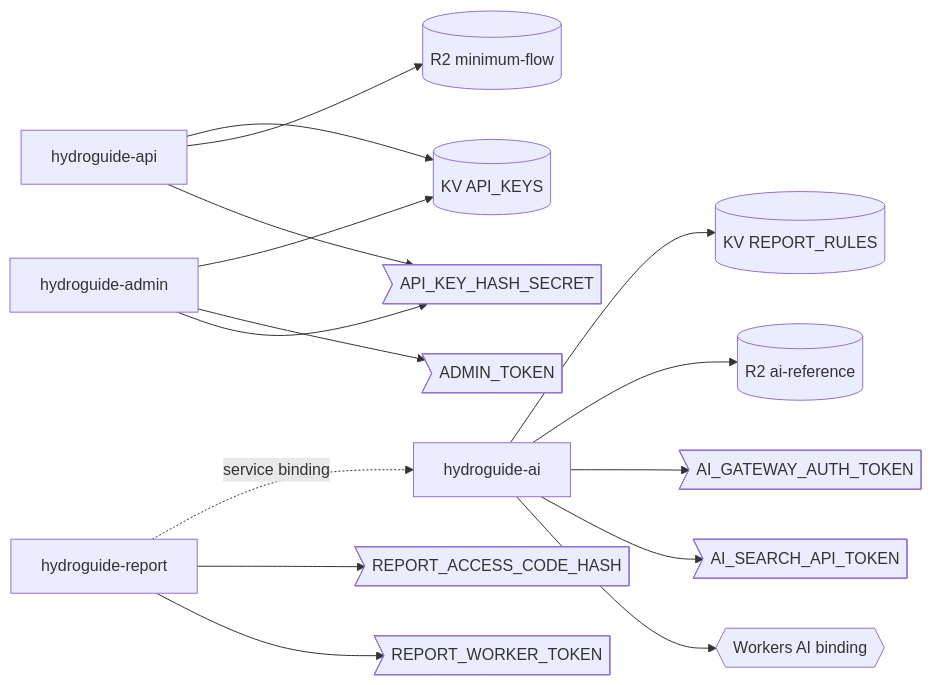
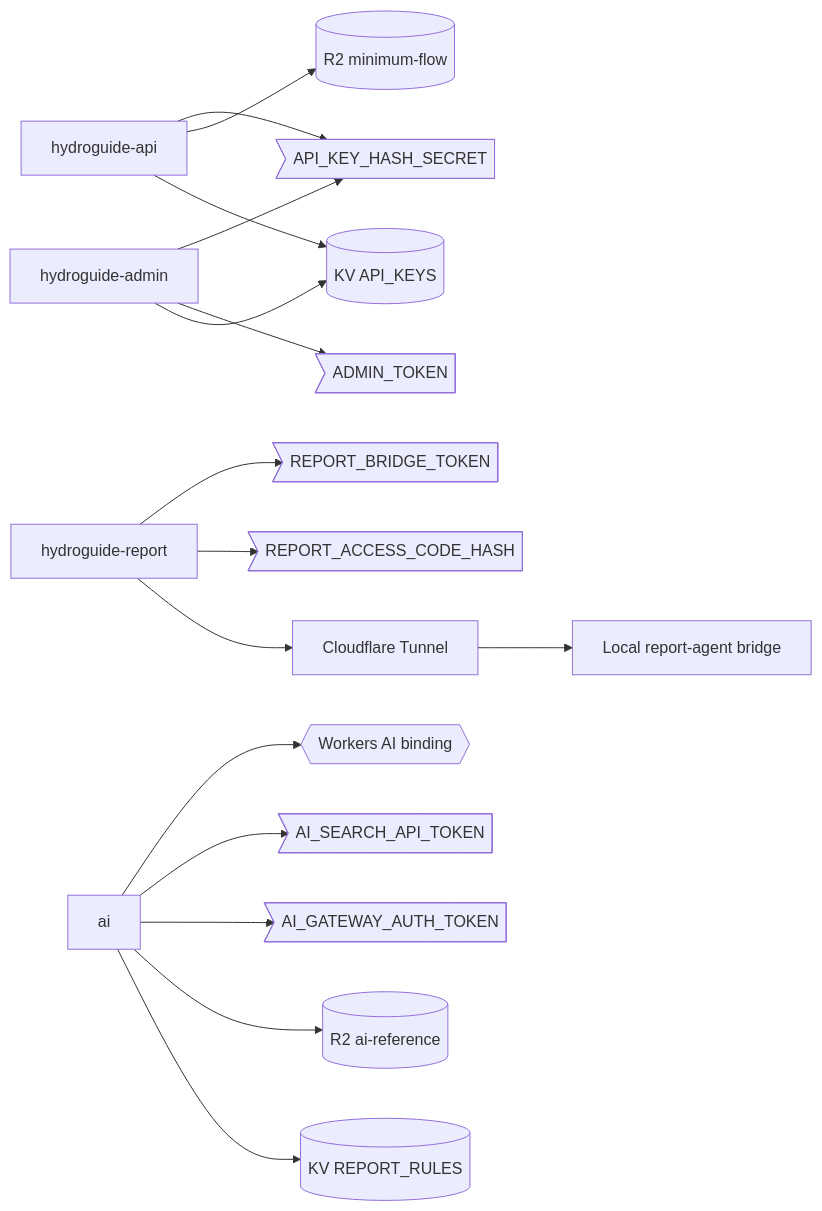
Before and after one commit to nikolsen1234-bit/hydroguide: the second of 3 diagrams in docs/cloudflare-dokumentasjon.md, drawn with Mermaid. The commit also changed other lines of this file and 171 other files, not shown here.

First line of the commit message:
Migrate report flow to local bridge and clean working state

````diff
--- a/docs/cloudflare-dokumentasjon.md
+++ b/docs/cloudflare-dokumentasjon.md
@@ -66,20 +71,21 @@
 ```mermaid
 flowchart LR
     api[hydroguide-api] --> kv1[(KV API_KEYS)]
     api --> r2a[(R2 minimum-flow)]
     api --> sec1>API_KEY_HASH_SECRET]
 
-    report[hydroguide-report] -.service binding.-> ai[hydroguide-ai]
+    report[hydroguide-report] --> tunnel[Cloudflare Tunnel]
+    tunnel --> bridge[Local report-agent bridge]
     report --> sec2>REPORT_ACCESS_CODE_HASH]
-    report --> sec3>REPORT_WORKER_TOKEN]
+    report --> sec3>REPORT_BRIDGE_TOKEN]
 
     ai --> kv2[(KV REPORT_RULES)]
     ai --> r2b[(R2 ai-reference)]
     ai --> sec4>AI_GATEWAY_AUTH_TOKEN]
     ai --> sec5>AI_SEARCH_API_TOKEN]
     ai --> aibind{{Workers AI binding}}
 
     admin[hydroguide-admin] --> kv1
     admin --> sec6>ADMIN_TOKEN]
     admin --> sec1
 ```
````
